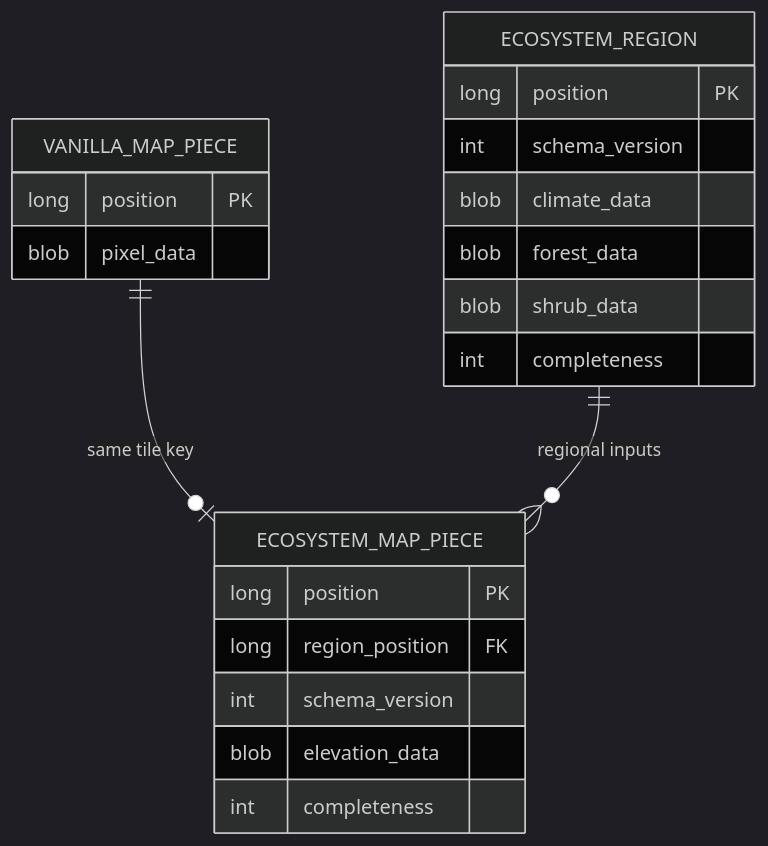
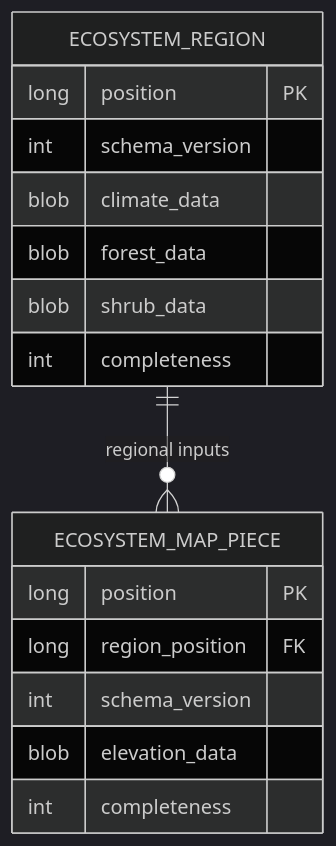
Before and after one commit to dsisco11/VanillaExpanded: the third of 3 diagrams in docs/ecosystem-map/EcosystemMapProposal.md, drawn with Mermaid (dark theme). The commit also changed other lines of this file, not shown here.

Commit message:
docs: amend proposal for ecosystem map overlay

````diff
--- a/docs/ecosystem-map/EcosystemMapProposal.md
+++ b/docs/ecosystem-map/EcosystemMapProposal.md
@@ -151,24 +151,19 @@
 ```mermaid
 erDiagram
-    VANILLA_MAP_PIECE {
-        long position PK
-        blob pixel_data
-    }
     ECOSYSTEM_MAP_PIECE {
         long position PK
         long region_position FK
         int schema_version
         blob elevation_data
         int completeness
     }
     ECOSYSTEM_REGION {
         long position PK
         int schema_version
         blob climate_data
         blob forest_data
         blob shrub_data
         int completeness
     }
-    VANILLA_MAP_PIECE ||--o| ECOSYSTEM_MAP_PIECE : "same tile key"
     ECOSYSTEM_REGION ||--o{ ECOSYSTEM_MAP_PIECE : "regional inputs"
 ```
````
